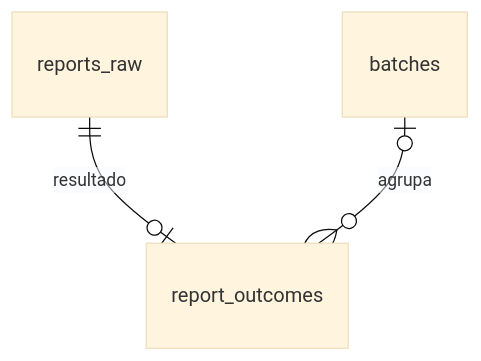
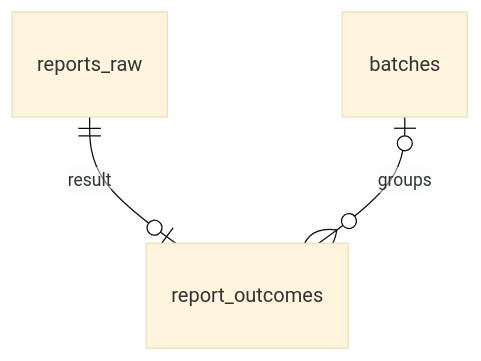
Diagram 14 of 17 in docs/schema.md (denysbp/Railtrace), drawn with Mermaid (base theme) before and after one commit. The commit also changed other lines of this file and 64 other files, not shown here.

````diff
--- a/docs/schema.md
+++ b/docs/schema.md
@@ -394,5 +394,5 @@
 ```mermaid
 erDiagram
-    reports_raw ||--o| report_outcomes : "resultado"
-    batches |o--o{ report_outcomes : "agrupa"
+    reports_raw ||--o| report_outcomes : "result"
+    batches |o--o{ report_outcomes : "groups"
 ```
````
